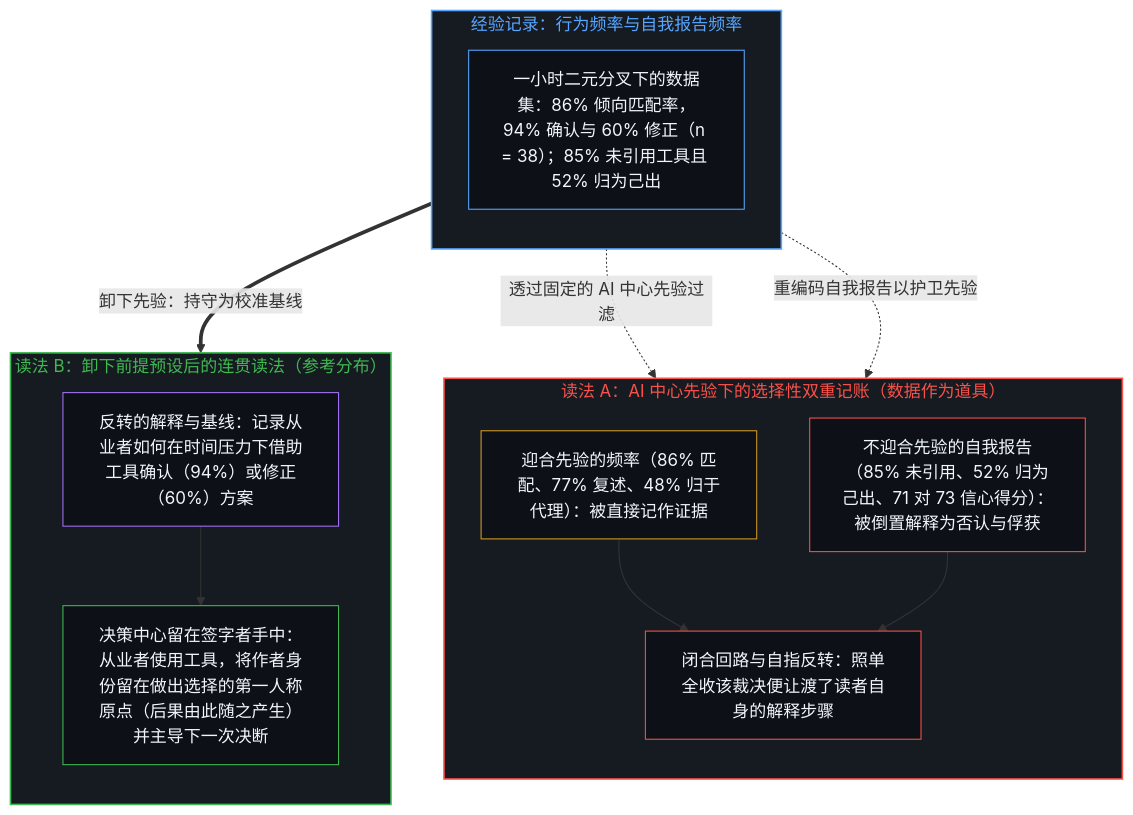
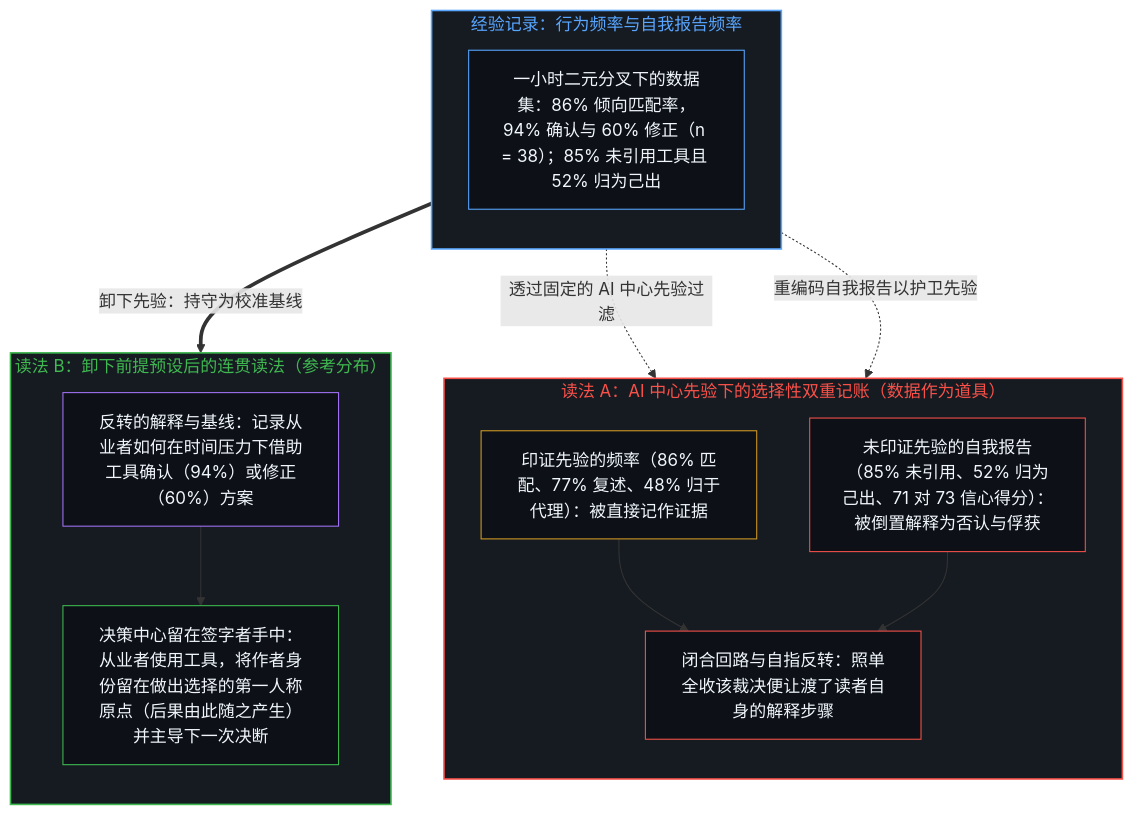
The third of 4 diagrams in content/posts/agency-and-the-pattern.md (powerpig99/not-a-toe), drawn with Mermaid before and after one commit. The commit also changed other lines of this file and 3 other files, not shown here.

Commit message:
Consolidate Deep Sleep Batch 10: power-law-is-the-long-term-consequence-of-normal-distribution, agency-and-the-pattern, extended-cognition-refined

````diff
--- a/content/posts/agency-and-the-pattern.md
+++ b/content/posts/agency-and-the-pattern.md
@@ -113,33 +113,33 @@
 ```mermaid
 flowchart TD
     subgraph S_Base["经验记录：行为频率与自我报告频率"]
         direction TB
         B_Data["一小时二元分叉下的数据集：86% 倾向匹配率，94% 确认与 60% 修正（n = 38）；85% 未引用工具且 52% 归为己出"]
     end
     subgraph S_ReadA["读法 A：AI 中心先验下的选择性双重记账（数据作为道具）"]
         direction TB
-        A_Conf["迎合先验的频率（86% 匹配、77% 复述、48% 归于代理）：被直接记作证据"]
-        A_Deny["不迎合先验的自我报告（85% 未引用、52% 归为己出、71 对 73 信心得分）：被倒置解释为否认与俘获"]
+        A_Conf["印证先验的频率（86% 匹配、77% 复述、48% 归于代理）：被直接记作证据"]
+        A_Deny["未印证先验的自我报告（85% 未引用、52% 归为己出、71 对 73 信心得分）：被倒置解释为否认与俘获"]
         A_Irony["闭合回路与自指反转：照单全收该裁决便让渡了读者自身的解释步骤"]
         A_Conf --> A_Irony
         A_Deny --> A_Irony
     end
     subgraph S_ReadB["读法 B：卸下前提预设后的连贯读法（参考分布）"]
         direction TB
         R_Ref["反转的解释与基线：记录从业者如何在时间压力下借助工具确认（94%）或修正（60%）方案"]
         R_Center["决策中心留在签字者手中：从业者使用工具，将作者身份留在做出选择的第一人称原点（后果由此随之产生）并主导下一次决断"]
         R_Ref --> R_Center
     end
     B_Data -.->|"透过固定的 AI 中心先验过滤"| A_Conf
     B_Data -.->|"重编码自我报告以护卫先验"| A_Deny
     B_Data ==>|"卸下先验：持守为校准基线"| R_Ref
     style S_Base fill:#161b22,stroke:#58a6ff,stroke-width:1.5px,color:#58a6ff
     style S_ReadA fill:#161b22,stroke:#f85149,stroke-width:1.5px,color:#f85149
     style S_ReadB fill:#161b22,stroke:#3fb950,stroke-width:1.5px,color:#3fb950
     style B_Data fill:#0d1117,stroke:#58a6ff,stroke-width:1px,color:#f0f6fc
     style A_Conf fill:#0d1117,stroke:#d29922,stroke-width:1px,color:#f0f6fc
     style A_Deny fill:#0d1117,stroke:#f85149,stroke-width:1px,color:#f0f6fc
     style A_Irony fill:#0d1117,stroke:#f85149,stroke-width:1px,color:#f0f6fc
     style R_Ref fill:#0d1117,stroke:#a371f7,stroke-width:1px,color:#f0f6fc
     style R_Center fill:#0d1117,stroke:#3fb950,stroke-width:1px,color:#f0f6fc
 ```
````
